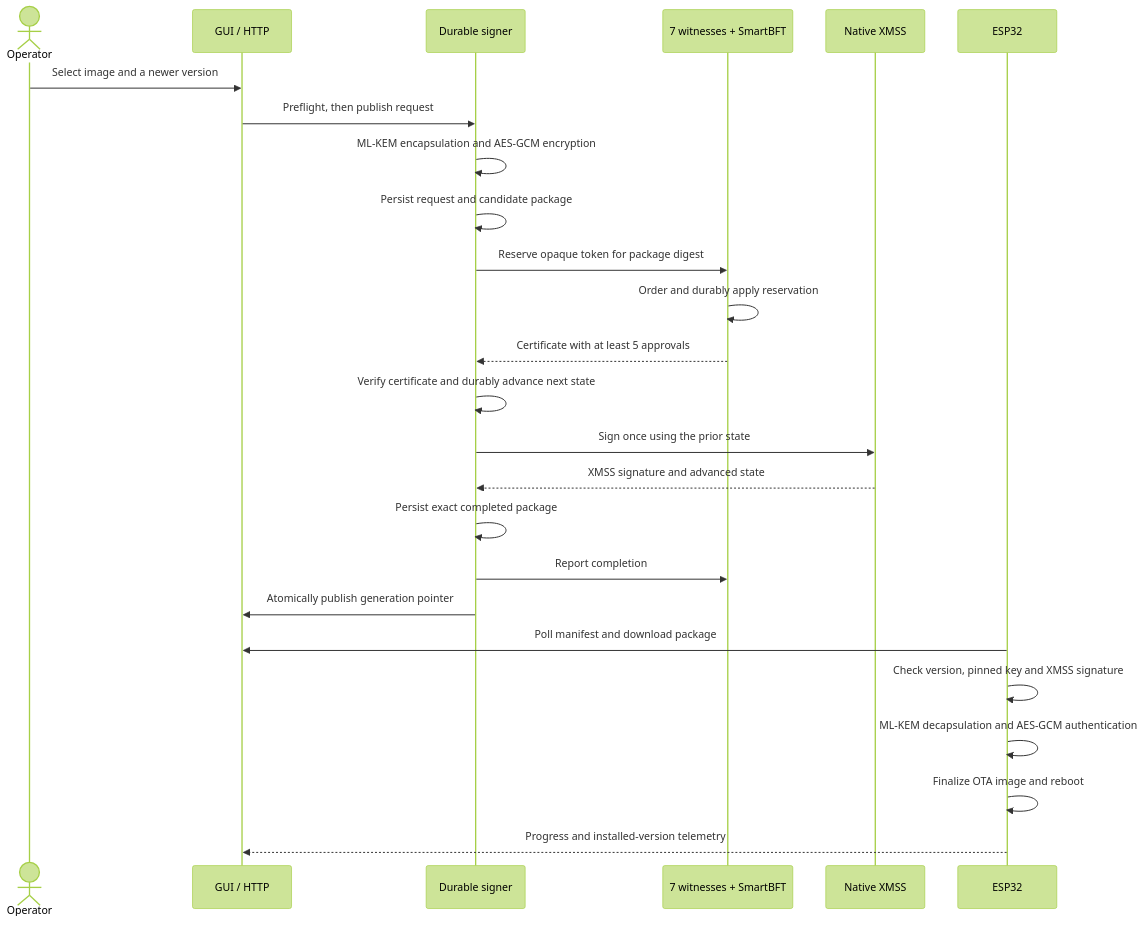
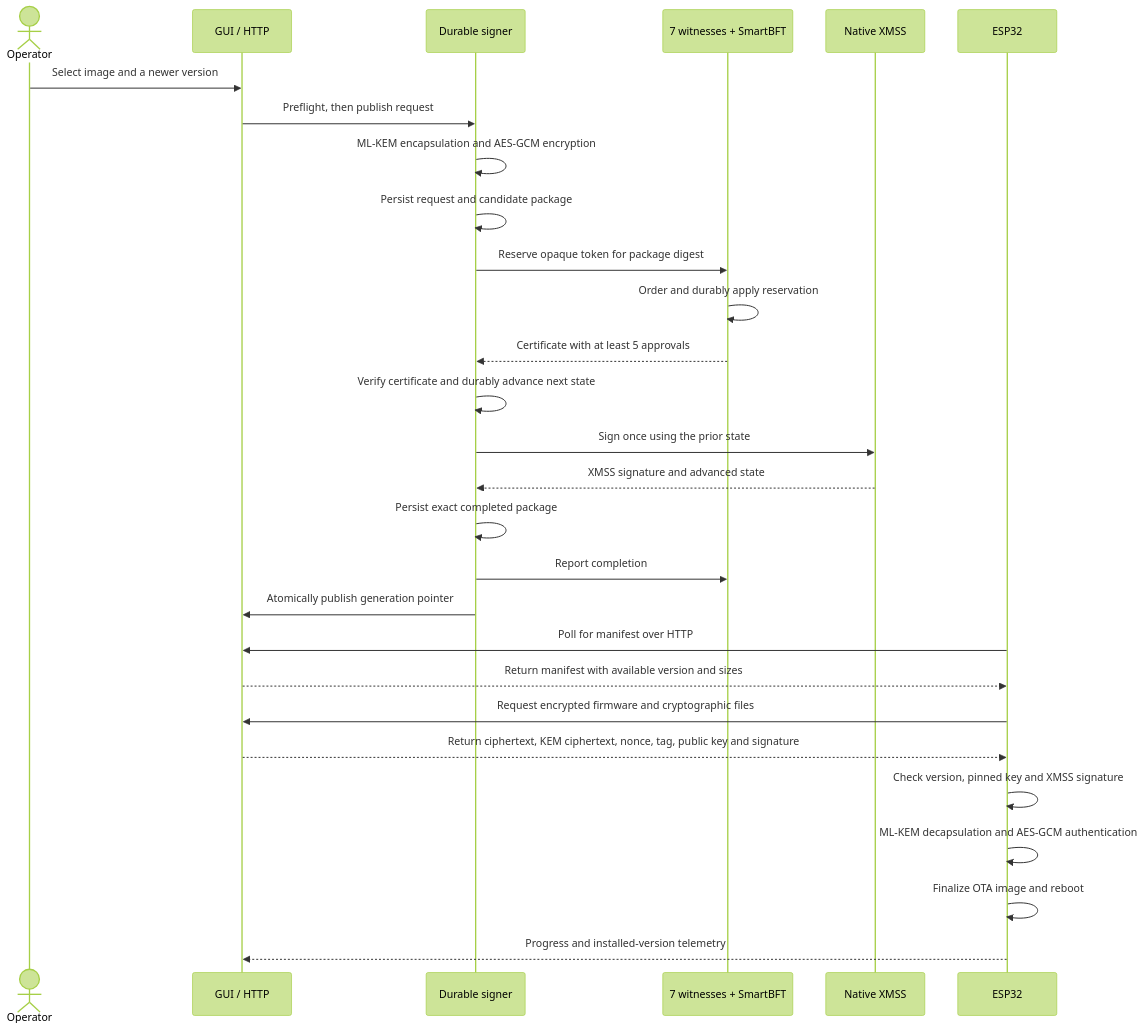
One commit to connect-nasar/Quantum-Safe-and-Trust-Adaptive-Firmware-Update-Framework-for-IoT-Devices changed the third of 6 diagrams in README.md. Above: the diagram before and after it, drawn with Mermaid (forest theme). The commit also changed other lines of this file, not shown here.

Commit message:
Show server responses to ESP32 in release sequence

````diff
--- a/README.md
+++ b/README.md
@@ -343,27 +343,30 @@
 ```mermaid
 sequenceDiagram
     actor Operator
     participant GUI as GUI / HTTP
     participant S as Durable signer
     participant W as 7 witnesses + SmartBFT
     participant X as Native XMSS
     participant D as ESP32
     Operator->>GUI: Select image and a newer version
     GUI->>S: Preflight, then publish request
     S->>S: ML-KEM encapsulation and AES-GCM encryption
     S->>S: Persist request and candidate package
     S->>W: Reserve opaque token for package digest
     W->>W: Order and durably apply reservation
     W-->>S: Certificate with at least 5 approvals
     S->>S: Verify certificate and durably advance next state
     S->>X: Sign once using the prior state
     X-->>S: XMSS signature and advanced state
     S->>S: Persist exact completed package
     S->>W: Report completion
     S->>GUI: Atomically publish generation pointer
-    D->>GUI: Poll manifest and download package
+    D->>GUI: Poll for manifest over HTTP
+    GUI-->>D: Return manifest with available version and sizes
+    D->>GUI: Request encrypted firmware and cryptographic files
+    GUI-->>D: Return ciphertext, KEM ciphertext, nonce, tag, public key and signature
     D->>D: Check version, pinned key and XMSS signature
     D->>D: ML-KEM decapsulation and AES-GCM authentication
     D->>D: Finalize OTA image and reboot
     D-->>GUI: Progress and installed-version telemetry
 ```
````
